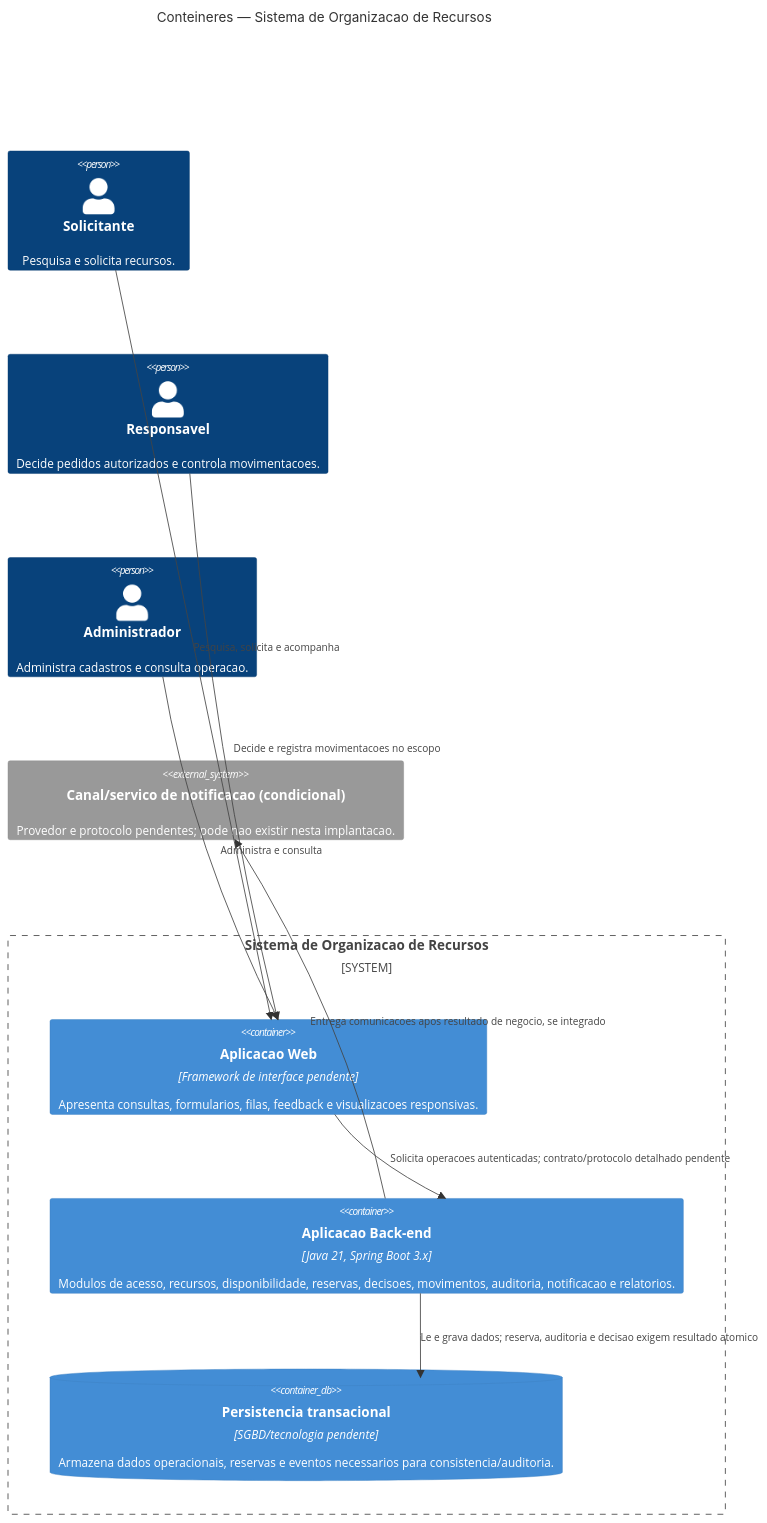
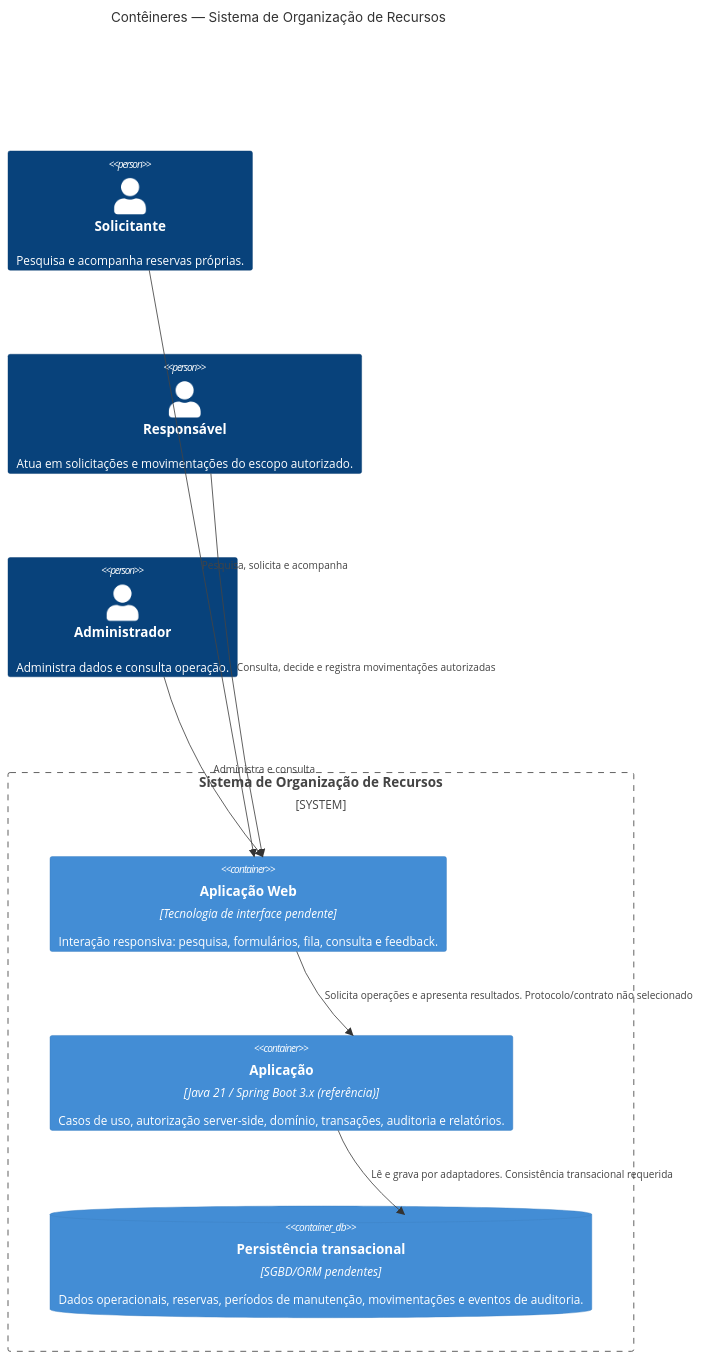
Before and after one commit to joaopaulofserafim/projeto_final_QAS: the diagram in PRD/arquitetura/c4/NIVEL_2_CONTEINERES.md, drawn with Mermaid. The commit also changed other lines of this file and 26 other files, not shown here.

````diff
--- a/PRD/arquitetura/c4/NIVEL_2_CONTEINERES.md
+++ b/PRD/arquitetura/c4/NIVEL_2_CONTEINERES.md
@@ -7,23 +7,20 @@
 ```mermaid
 C4Container
-    title Conteineres — Sistema de Organizacao de Recursos
+    title Contêineres — Sistema de Organização de Recursos
 
-    Person(solicitante, "Solicitante", "Pesquisa e solicita recursos.")
-    Person(responsavel, "Responsavel", "Decide pedidos autorizados e controla movimentacoes.")
-    Person(admin, "Administrador", "Administra cadastros e consulta operacao.")
+    Person(solicitante, "Solicitante", "Pesquisa e acompanha reservas próprias.")
+    Person(responsavel, "Responsável", "Atua em solicitações e movimentações do escopo autorizado.")
+    Person(admin, "Administrador", "Administra dados e consulta operação.")
 
-    System_Boundary(sistema, "Sistema de Organizacao de Recursos") {
-        Container(web, "Aplicacao Web", "Framework de interface pendente", "Apresenta consultas, formularios, filas, feedback e visualizacoes responsivas.")
-        Container(back, "Aplicacao Back-end", "Java 21, Spring Boot 3.x", "Modulos de acesso, recursos, disponibilidade, reservas, decisoes, movimentos, auditoria, notificacao e relatorios.")
-        ContainerDb(dados, "Persistencia transacional", "SGBD/tecnologia pendente", "Armazena dados operacionais, reservas e eventos necessarios para consistencia/auditoria.")
+    System_Boundary(sistema, "Sistema de Organização de Recursos") {
+        Container(web, "Aplicação Web", "Tecnologia de interface pendente", "Interação responsiva: pesquisa, formulários, fila, consulta e feedback.")
+        Container(app, "Aplicação", "Java 21 / Spring Boot 3.x (referência)", "Casos de uso, autorização server-side, domínio, transações, auditoria e relatórios.")
+        ContainerDb(store, "Persistência transacional", "SGBD/ORM pendentes", "Dados operacionais, reservas, períodos de manutenção, movimentações e eventos de auditoria.")
     }
 
-    System_Ext(canal, "Canal/servico de notificacao (condicional)", "Provedor e protocolo pendentes; pode nao existir nesta implantacao.")
-
     Rel(solicitante, web, "Pesquisa, solicita e acompanha")
-    Rel(responsavel, web, "Decide e registra movimentacoes no escopo")
+    Rel(responsavel, web, "Consulta, decide e registra movimentações autorizadas")
     Rel(admin, web, "Administra e consulta")
-    Rel(web, back, "Solicita operacoes autenticadas; contrato/protocolo detalhado pendente")
-    Rel(back, dados, "Le e grava dados; reserva, auditoria e decisao exigem resultado atomico")
-    Rel(back, canal, "Entrega comunicacoes apos resultado de negocio, se integrado")
+    Rel(web, app, "Solicita operações e apresenta resultados. Protocolo/contrato não selecionado")
+    Rel(app, store, "Lê e grava por adaptadores. Consistência transacional requerida")
 ```
````
